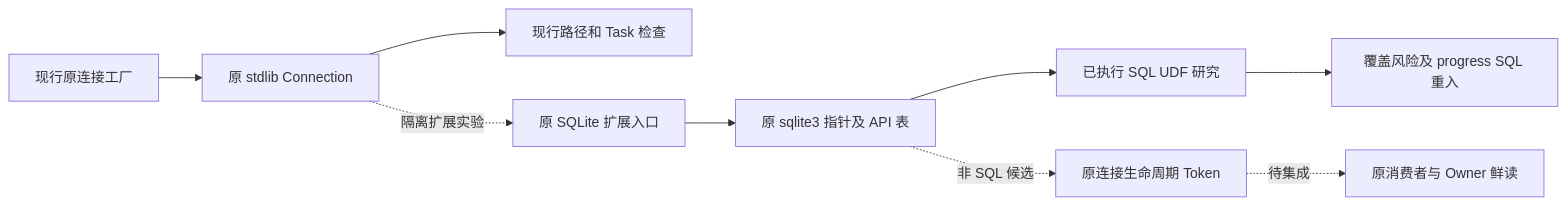
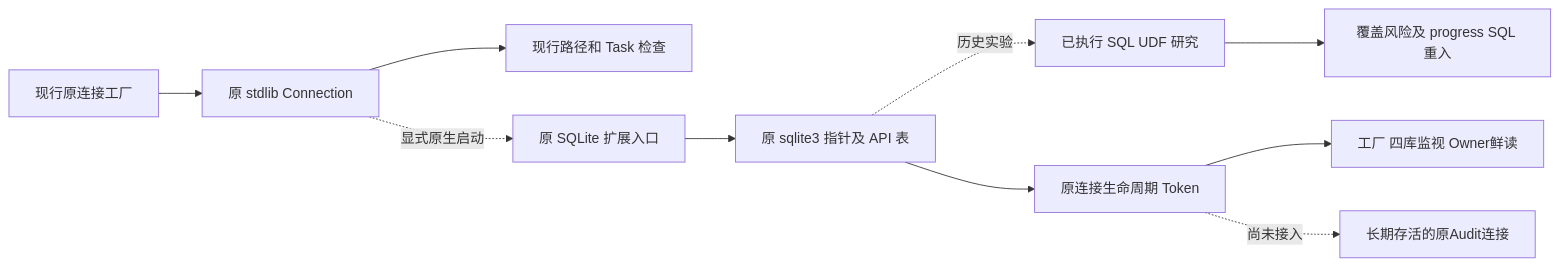
The first of 2 diagrams in docs/research/git-sqlite-native-source.md (carrie1988/Harnessix), drawn with Mermaid before and after one commit. The commit also changed other lines of this file and 5 other files, not shown here.

````diff
--- a/docs/research/git-sqlite-native-source.md
+++ b/docs/research/git-sqlite-native-source.md
@@ -60,11 +61,12 @@
 ```mermaid
 flowchart LR
     Factory[现行原连接工厂] --> Conn[原 stdlib Connection]
     Conn --> Current[现行路径和 Task 检查]
-    Conn -. 隔离扩展实验 .-> Entry[原 SQLite 扩展入口]
+    Conn -. 显式原生启动 .-> Entry[原 SQLite 扩展入口]
     Entry --> API[原 sqlite3 指针及 API 表]
-    API --> UDF[已执行 SQL UDF 研究]
-    API -. 非 SQL 候选 .-> Token[原连接生命周期 Token]
+    API -. 历史实验 .-> UDF[已执行 SQL UDF 研究]
+    API --> Token[原连接生命周期 Token]
     UDF --> Risk[覆盖风险及 progress SQL 重入]
-    Token -. 待集成 .-> Consumer[原消费者与 Owner 鲜读]
+    Token --> Consumer[工厂 四库监视 Owner鲜读]
+    Token -. 尚未接入 .-> Audit[长期存活的原Audit连接]
 ```
````
